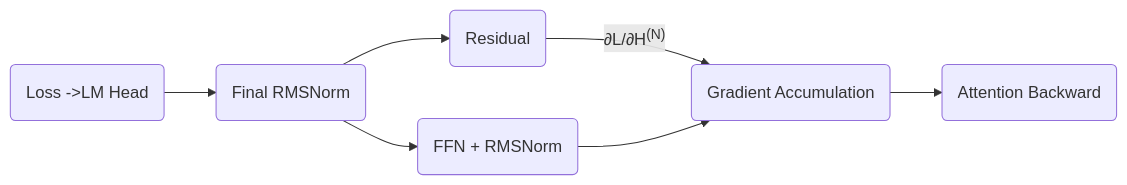
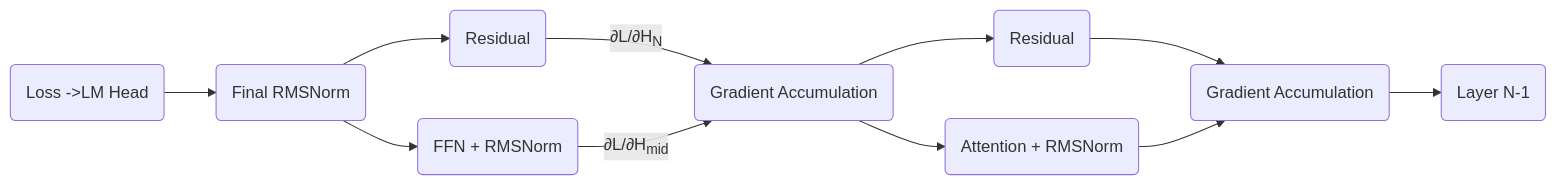
Before and after one commit to ChrisZhu2050/chriszhu2050.github.io: diagram 23 of 23 in index.md, drawn with Mermaid. The commit also changed other lines of this file, not shown here.

````diff
--- a/index.md
+++ b/index.md
@@ -1135,21 +1135,28 @@
   ```mermaid
         flowchart LR
 
           a("Loss ->LM Head")
           c1("Final RMSNorm")
           b1("Residual")
           d("FFN + RMSNorm")
           d1("Gradient Accumulation")
-          e("Attention Backward") 
-
+          e("Attention + RMSNorm")  
+          e1("Residual") 
+          f("Gradient Accumulation")
+          g("Layer N-1")
         
         a --> c1
         c1 --> d
         c1 --> b1
-        b1 -- ∂L/∂H<sup>(N)</sup>--> d1
-        d --> d1
+        b1 -- ∂L/∂H<sub>N</sub>--> d1
+        d --∂L/∂H<sub>mid</sub>--> d1
+        d1 --> e1
         d1 --> e
+        e1 --> f
+        e --> f
+        f --> g
+
 
         
 
   ```  
````
